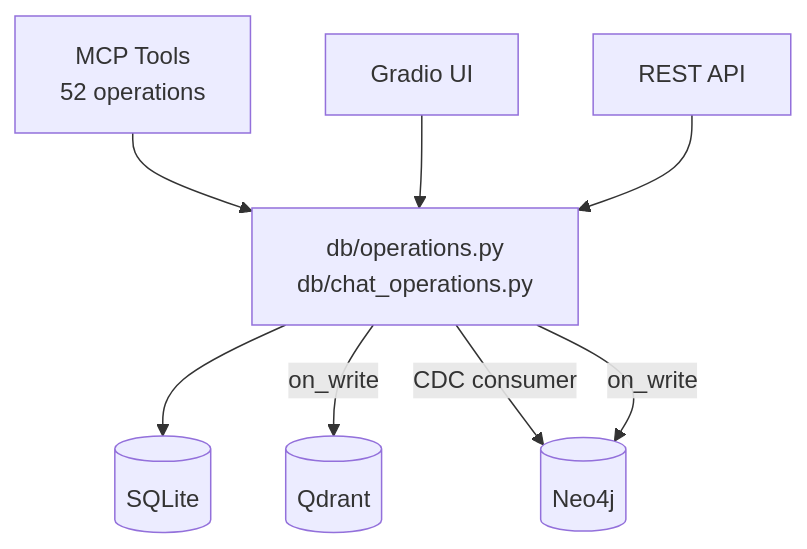
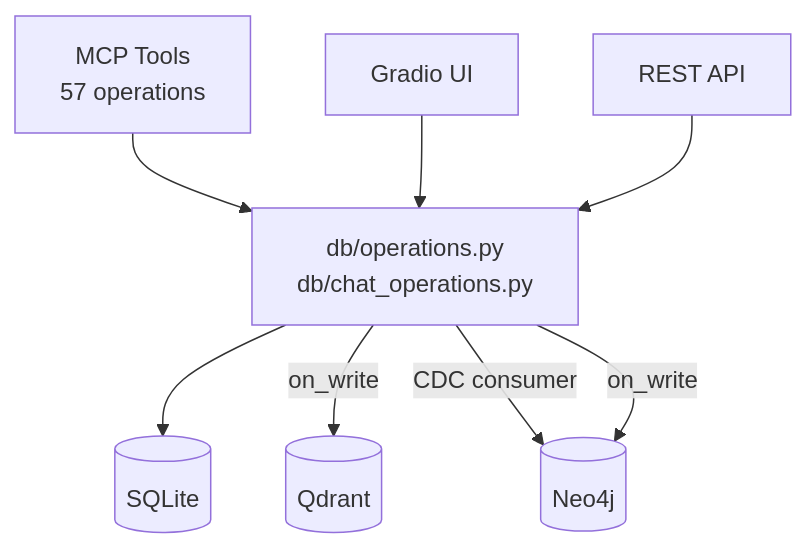
The second of 2 diagrams in README.md (janat-llc/janatpmp), drawn with Mermaid before and after one commit. The commit also changed other lines of this file and 1 other file, not shown here.

````diff
--- a/README.md
+++ b/README.md
@@ -43,10 +43,10 @@
 ```mermaid
 graph TB
-    MCP[MCP Tools<br/>52 operations] --> DB[db/operations.py<br/>db/chat_operations.py]
+    MCP[MCP Tools<br/>57 operations] --> DB[db/operations.py<br/>db/chat_operations.py]
     UI[Gradio UI] --> DB
     API[REST API] --> DB
     DB --> SQLite[(SQLite)]
     DB -->|on_write| Qdrant[(Qdrant)]
     DB -->|CDC consumer| Neo4j[(Neo4j)]
     DB -->|on_write| Neo4j
 ```
````
